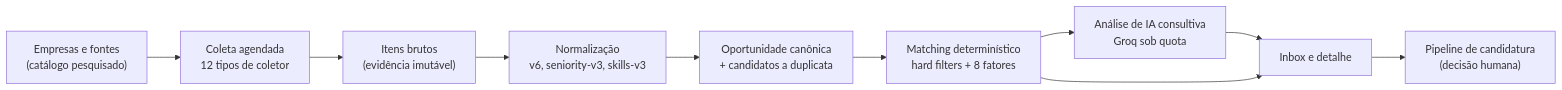
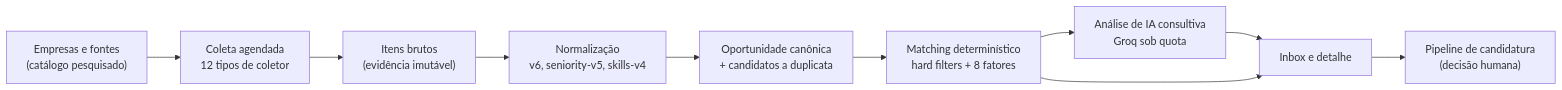
The diagram in README.md (mathfrancisco/Opportunity-Radar), drawn with Mermaid before and after one commit. The commit also changed 11 other files, not shown here.

````diff
--- a/README.md
+++ b/README.md
@@ -80,12 +80,12 @@
 ```mermaid
 flowchart LR
     A["Empresas e fontes<br/>(catálogo pesquisado)"] --> B["Coleta agendada<br/>12 tipos de coletor"]
     B --> C["Itens brutos<br/>(evidência imutável)"]
-    C --> D["Normalização<br/>v6, seniority-v3, skills-v3"]
+    C --> D["Normalização<br/>v6, seniority-v5, skills-v4"]
     D --> E["Oportunidade canônica<br/>+ candidatos a duplicata"]
     E --> F["Matching determinístico<br/>hard filters + 8 fatores"]
     F --> G["Análise de IA consultiva<br/>Groq sob quota"]
     G --> H["Inbox e detalhe"]
     F --> H
     H --> I["Pipeline de candidatura<br/>(decisão humana)"]
 ```
````
